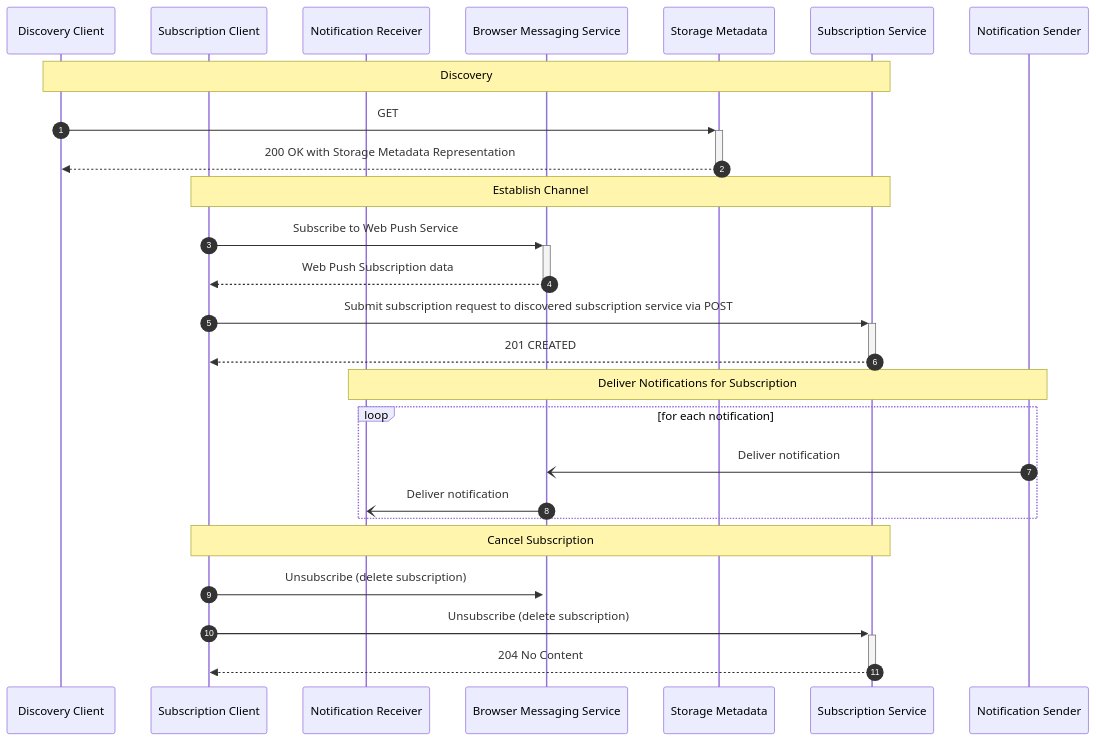
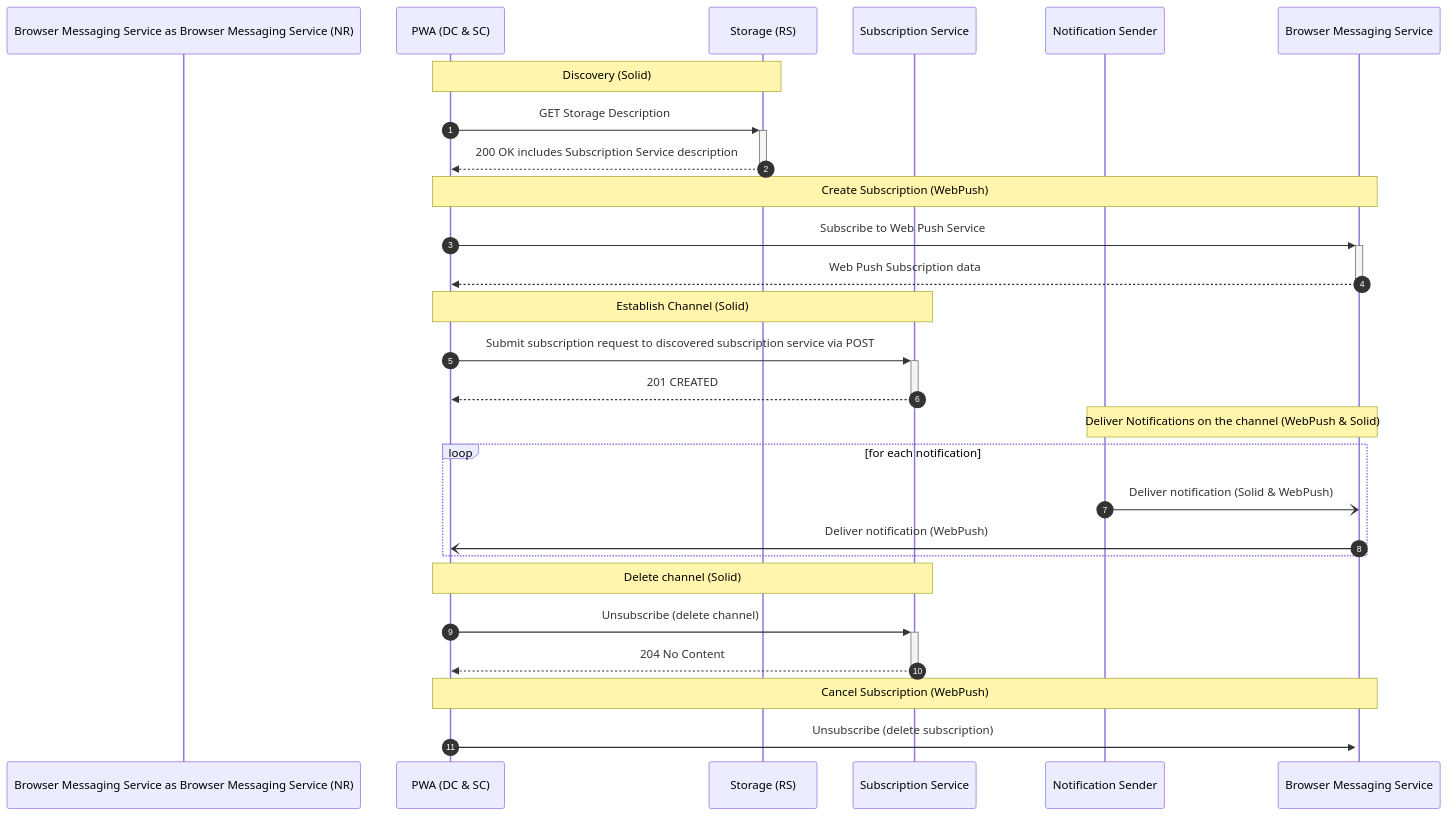
The diagram in webpush-channel-2023-flow.mmd (elf-pavlik/notifications), drawn with Mermaid before and after one commit. The commit also changed 6 other files, not shown here.

```diff
--- a/webpush-channel-2023-flow.mmd
+++ b/webpush-channel-2023-flow.mmd
@@ -1,32 +1,32 @@
 sequenceDiagram
   autonumber
-  participant Discovery Client
-  participant Subscription Client
-  participant Notification Receiver
-  participant Browser Messaging Service
-  participant Storage Metadata
+  participant Browser Messaging Service as Browser Messaging Service (NR)
+  participant PWA as PWA (DC & SC)
+  participant Storage as Storage (RS)
   participant Subscription Service
   participant Notification Sender
 
+  Note over PWA, Storage: Discovery (Solid)
+  PWA ->>+ Storage: GET Storage Description
+  Storage -->>- PWA: 200 OK includes Subscription Service description
 
-    Note over Discovery Client, Subscription Service: Discovery
-  Discovery Client ->>+ Storage Metadata: GET 
-  Storage Metadata -->>- Discovery Client: 200 OK with Storage Metadata Representation
+  Note over PWA, Browser Messaging Service: Create Subscription (WebPush)
+  PWA ->>+ Browser Messaging Service: Subscribe to Web Push Service
+  Browser Messaging Service -->>- PWA: Web Push Subscription data 
 
-    Note over Subscription Client, Subscription Service: Establish Channel
-  Subscription Client ->>+ Browser Messaging Service: Subscribe to Web Push Service
-  Browser Messaging Service -->>- Subscription Client: Web Push Subscription data 
+  Note over PWA, Subscription Service: Establish Channel (Solid)
+  PWA ->>+ Subscription Service: Submit subscription request to discovered subscription service via POST
+  Subscription Service -->>- PWA: 201 CREATED
 
-  Subscription Client ->>+ Subscription Service: Submit subscription request to discovered subscription service via POST
-  Subscription Service -->>- Subscription Client: 201 CREATED
-
-  Note over Notification Receiver, Notification Sender: Deliver Notifications for Subscription
+  Note over Browser Messaging Service, Notification Sender: Deliver Notifications on the channel (WebPush & Solid)
   loop for each notification
-    Notification Sender -) Browser Messaging Service: Deliver notification
-    Browser Messaging Service -) Notification Receiver: Deliver notification
+    Notification Sender -) Browser Messaging Service: Deliver notification (Solid & WebPush)
+    Browser Messaging Service -) PWA: Deliver notification (WebPush)
   end
 
-  Note over Subscription Client, Subscription Service: Cancel Subscription
-  Subscription Client ->>+ Browser Messaging Service: Unsubscribe (delete subscription)
-  Subscription Client ->>+ Subscription Service: Unsubscribe (delete subscription)
-  Subscription Service -->>- Subscription Client: 204 No Content
+  Note over PWA, Subscription Service: Delete channel (Solid)
+  PWA ->>+ Subscription Service: Unsubscribe (delete channel)
+  Subscription Service -->>- PWA: 204 No Content
+
+  Note over PWA, Browser Messaging Service: Cancel Subscription (WebPush)
+  PWA ->>+ Browser Messaging Service: Unsubscribe (delete subscription)
```
